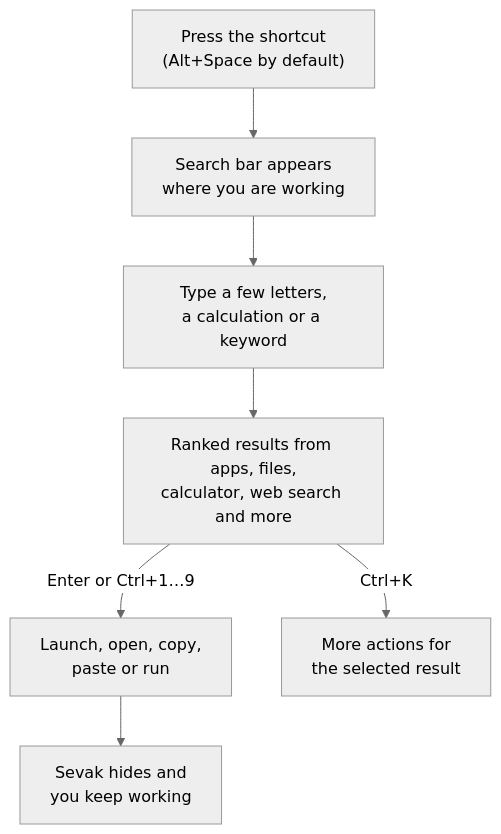
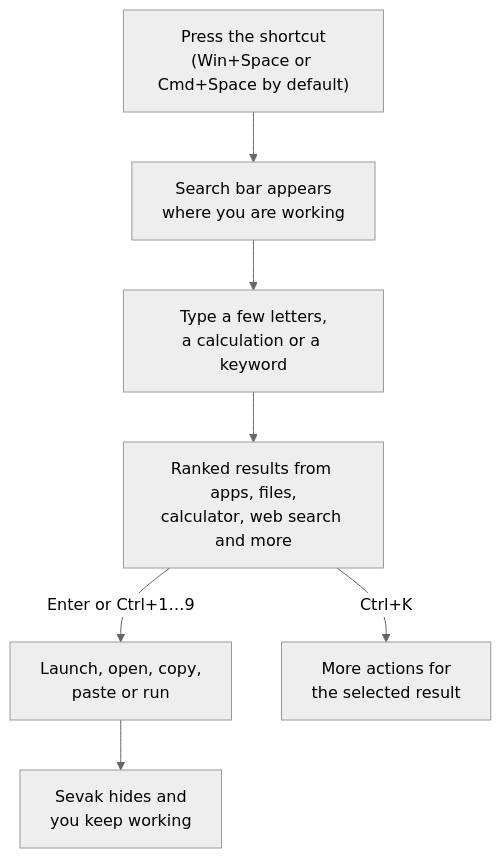
One commit to ninad-k/Sevak changed the diagram in docs/index.md. Above: the diagram before and after it, drawn with Mermaid (neutral theme). The commit also changed 51 other files, not shown here.

First line of the commit message:
feat: make Super+Space the default launcher hotkey and take it over from the OS

````diff
--- a/docs/index.md
+++ b/docs/index.md
@@ -21,9 +21,9 @@
 ```mermaid
 flowchart TD
-    K["Press the shortcut<br/>(Alt+Space by default)"] --> W["Search bar appears<br/>where you are working"]
+    K["Press the shortcut<br/>(Win+Space or Cmd+Space by default)"] --> W["Search bar appears<br/>where you are working"]
     W --> T["Type a few letters,<br/>a calculation or a keyword"]
     T --> R["Ranked results from apps, files,<br/>calculator, web search and more"]
     R -->|"Enter or Ctrl+1…9"| A["Launch, open, copy,<br/>paste or run"]
     R -->|"Ctrl+K"| P["More actions for<br/>the selected result"]
     A --> H["Sevak hides and<br/>you keep working"]
 ```
````
